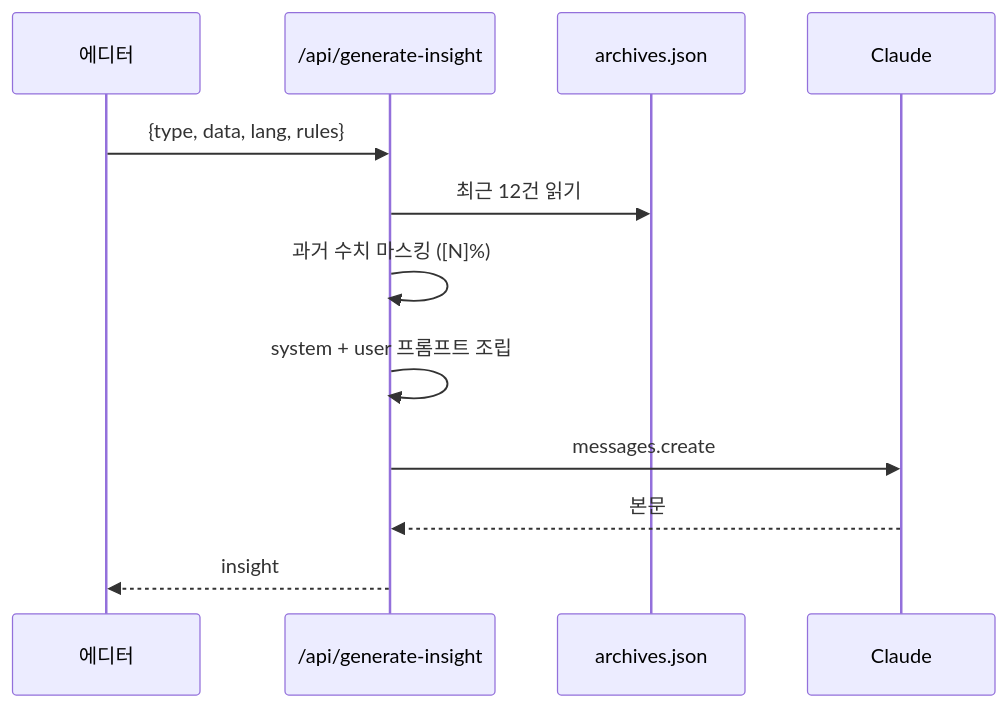
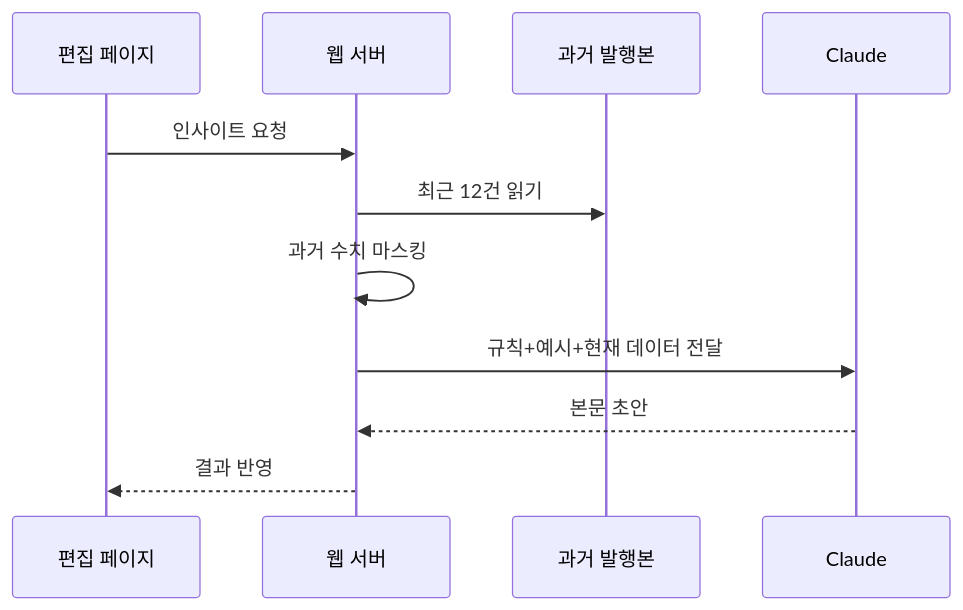
One commit to mts8787-droid/my-geo-newsletter changed the third of 5 diagrams in docs/ADMIN_PLAN.md. Above: the diagram before and after it, drawn with Mermaid. The commit also changed other lines of this file, not shown here.

First line of the commit message:
docs: ADMIN_PLAN v6 — 월간 뉴스레터·프롬프트 통합·지식 허브 RAG·리포트 생성 에이전트

````diff
--- a/docs/ADMIN_PLAN.md
+++ b/docs/ADMIN_PLAN.md
@@ -199,15 +293,14 @@
 ```mermaid
 sequenceDiagram
-  participant Web as 에디터
-  participant API as /api/generate-insight
-  participant Arc as archives.json
-  participant Cl as Claude
+  participant 편집 as 편집 페이지
+  participant 서버 as 웹 서버
+  participant 과거 as 과거 발행본
+  participant Claude
 
-  Web->>API: {type, data, lang, rules}
-  API->>Arc: 최근 12건 읽기
-  API->>API: 과거 수치 마스킹 ([N]%)
-  API->>API: system + user 프롬프트 조립
-  API->>Cl: messages.create
-  Cl-->>API: 본문
-  API-->>Web: insight
+  편집->>서버: 인사이트 요청
+  서버->>과거: 최근 12건 읽기
+  서버->>서버: 과거 수치 마스킹
+  서버->>Claude: 규칙+예시+현재 데이터 전달
+  Claude-->>서버: 본문 초안
+  서버-->>편집: 결과 반영
 ```
````
